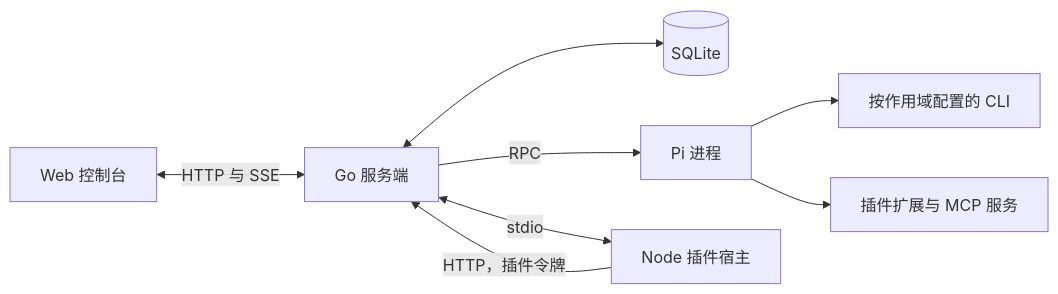
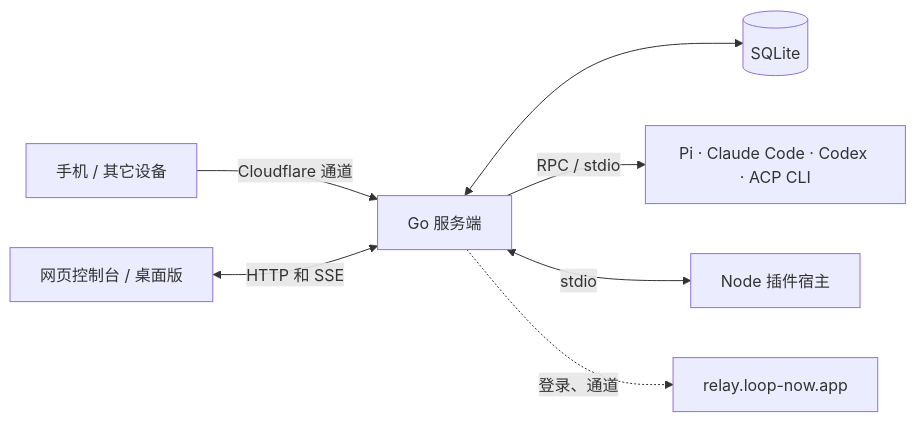
The diagram in README.zh-CN.md (AI-for-anyone/loop-now), drawn with Mermaid before and after one commit. The commit also changed other lines of this file and 2 other files, not shown here.

````diff
--- a/README.zh-CN.md
+++ b/README.zh-CN.md
@@ -299,10 +216,9 @@
 ```mermaid
 flowchart LR
-    UI[Web 控制台] <-->|HTTP 与 SSE| Server[Go 服务端]
+    Phone[手机 / 其它设备] -->|Cloudflare 通道| Server
+    UI[网页控制台 / 桌面版] <-->|HTTP 和 SSE| Server[Go 服务端]
     Server <--> DB[(SQLite)]
-    Server -->|RPC| Pi[Pi 进程]
+    Server -->|RPC / stdio| Runtimes[Pi · Claude Code · Codex · ACP CLI]
     Server <-->|stdio| Host[Node 插件宿主]
-    Host -->|HTTP，插件令牌| Server
-    Pi --> CLI[按作用域配置的 CLI]
-    Pi --> Ext[插件扩展与 MCP 服务]
+    Server -.->|登录、通道| Relay[relay.loop-now.app]
 ```
````
